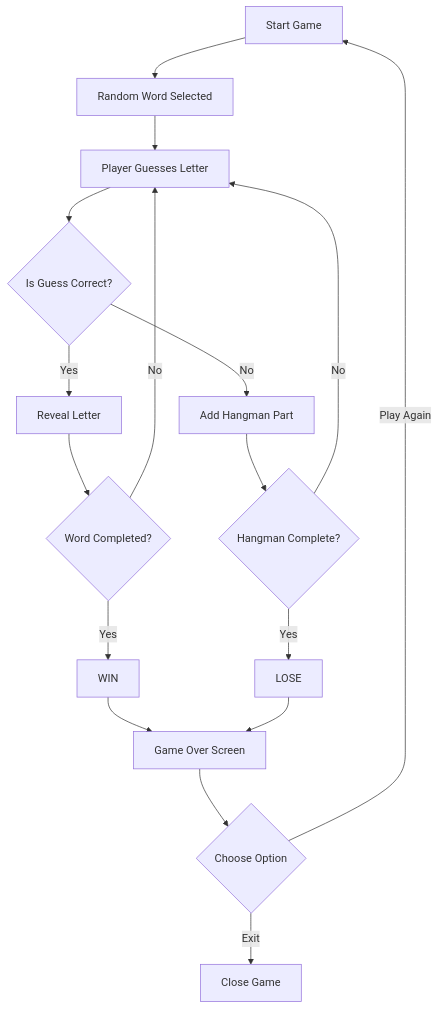
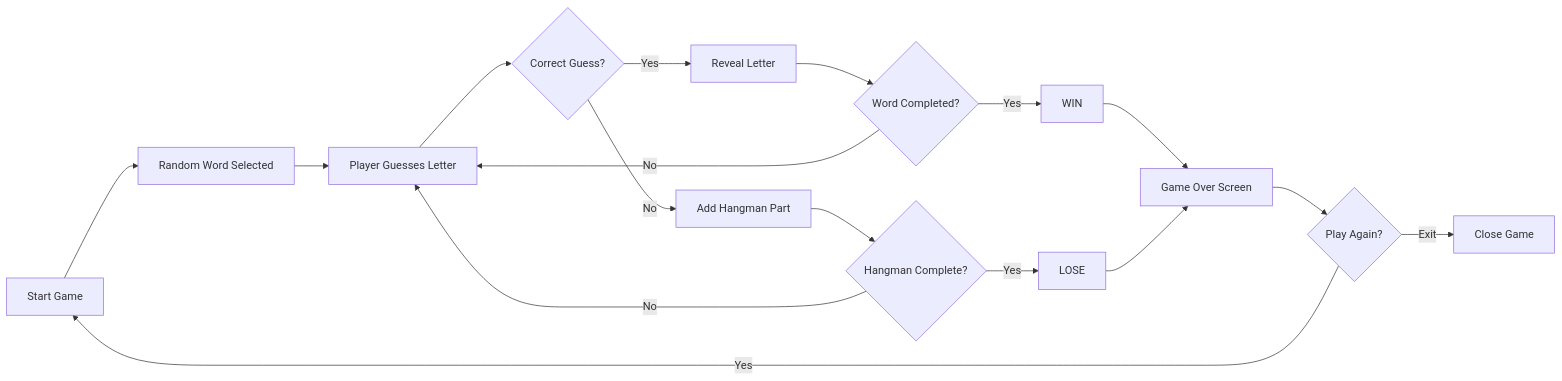
Before and after one commit to Subhadip-Paul2006/Games-Using-Python: the diagram in Hangman/README.md, drawn with Mermaid. The commit also changed other lines of this file, not shown here.

````diff
--- a/Hangman/README.md
+++ b/Hangman/README.md
@@ -55,29 +55,28 @@
 ```mermaid
-flowchart TD
+flowchart LR
 
 A[Start Game] --> B[Random Word Selected]
-
 B --> C[Player Guesses Letter]
 
-C --> D{Is Guess Correct?}
+C --> D{Correct Guess?}
 
 D -->|Yes| E[Reveal Letter]
 E --> F{Word Completed?}
 
 F -->|Yes| G[WIN]
 F -->|No| C
 
 D -->|No| H[Add Hangman Part]
 H --> I{Hangman Complete?}
 
+I -->|Yes| J[LOSE]
 I -->|No| C
-I -->|Yes| J[LOSE]
 
 G --> K[Game Over Screen]
 J --> K
 
-K --> L{Choose Option}
+K --> L{Play Again?}
 
-L -->|Play Again| A
+L -->|Yes| A
 L -->|Exit| M[Close Game]
 ```
````
